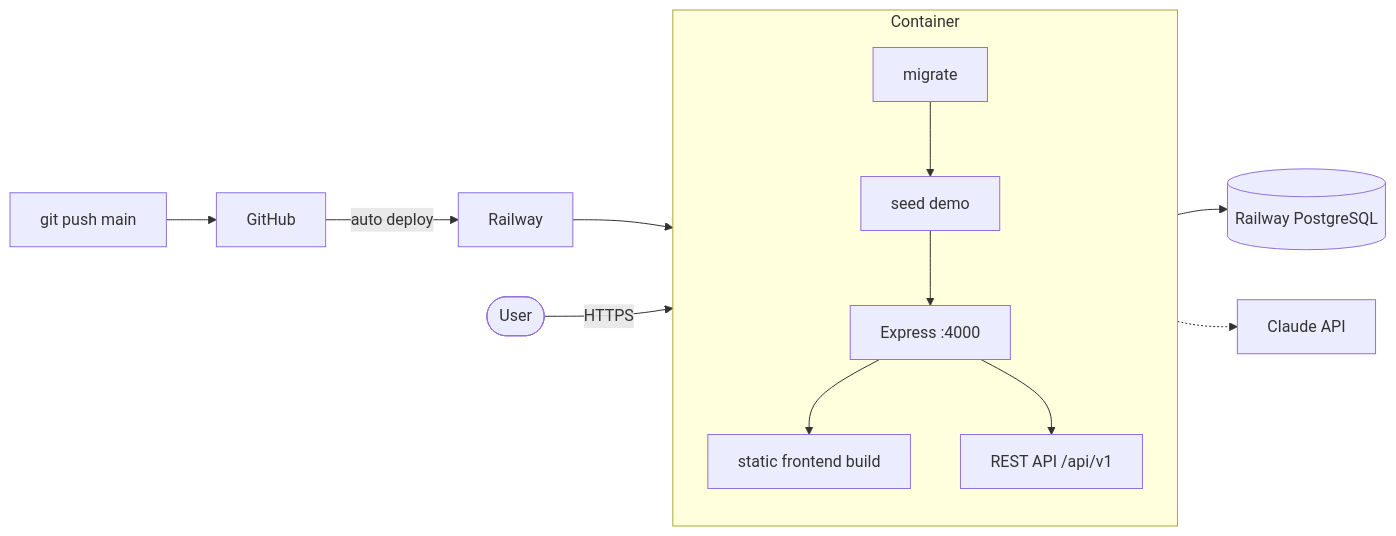
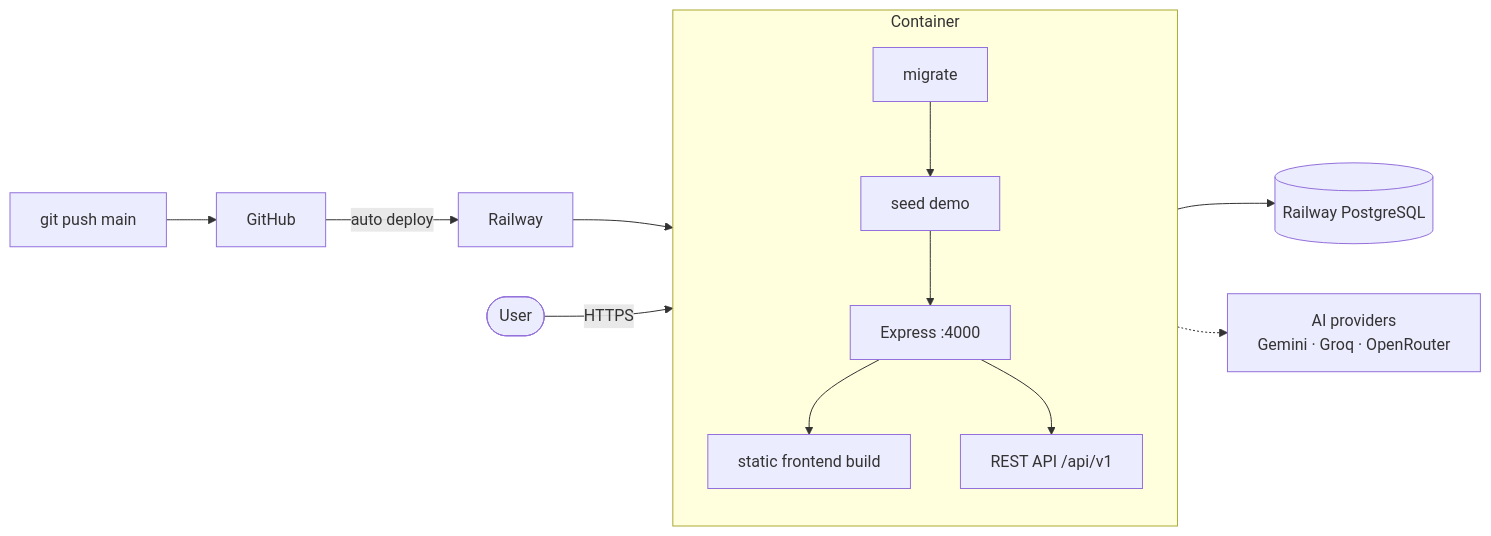
The tenth of 10 diagrams in README.md (me-adityaraj8/career-os), drawn with Mermaid before and after one commit. The commit also changed other lines of this file and 19 other files, not shown here.

````diff
--- a/README.md
+++ b/README.md
@@ -608,15 +628,15 @@
 ```mermaid
 graph LR
     Dev[git push main] --> GH[GitHub]
     GH -->|auto deploy| RW[Railway]
     subgraph C[Container]
         direction TB
         MIG[migrate] --> SEED[seed demo] --> SRV[Express :4000]
         SRV --> ST[static frontend build]
         SRV --> API[REST API /api/v1]
     end
     RW --> C
     API --> PG[(Railway PostgreSQL)]
-    API -.-> AI[Claude API]
+    API -.-> AI[AI providers<br/>Gemini · Groq · OpenRouter]
     User([User]) -->|HTTPS| C
 ```
````
